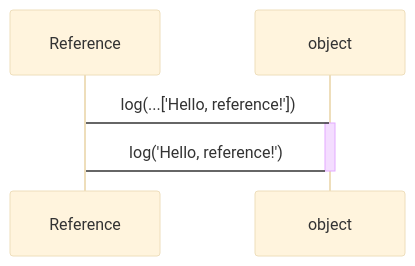
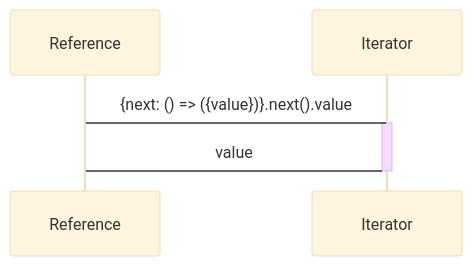
One commit to domrally/peekeasy changed the second of 4 diagrams in README.md. Above: the diagram before and after it, drawn with Mermaid (base theme). The commit also changed other lines of this file and 1 other file, not shown here.

````diff
--- a/README.md
+++ b/README.md
@@ -77,7 +83,7 @@
 ```mermaid
 sequenceDiagram
-    Reference->object: log(...['Hello, reference!'])
-    activate object
-    object->Reference: log('Hello, reference!')
-    deactivate object
+    Reference->Iterator: {next: () => ({value})}.next().value
+    activate Iterator
+    Iterator->Reference: value
+    deactivate Iterator
 ```
````
